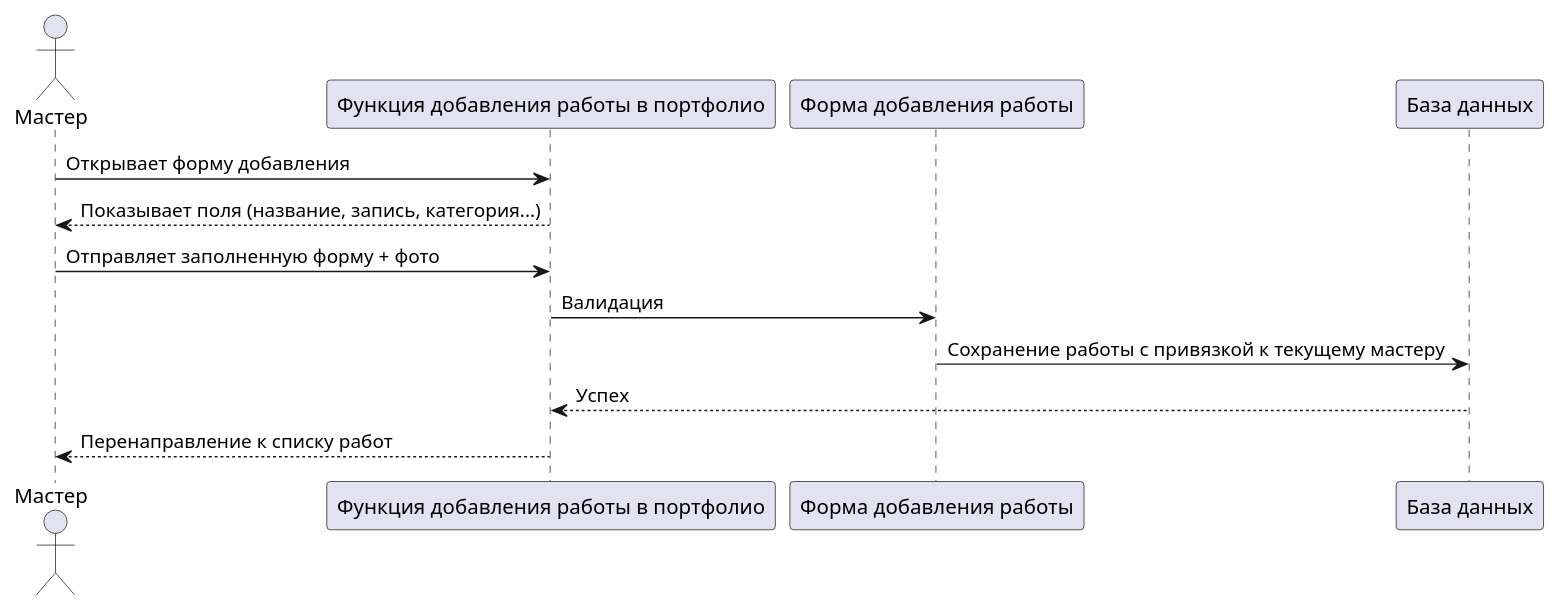
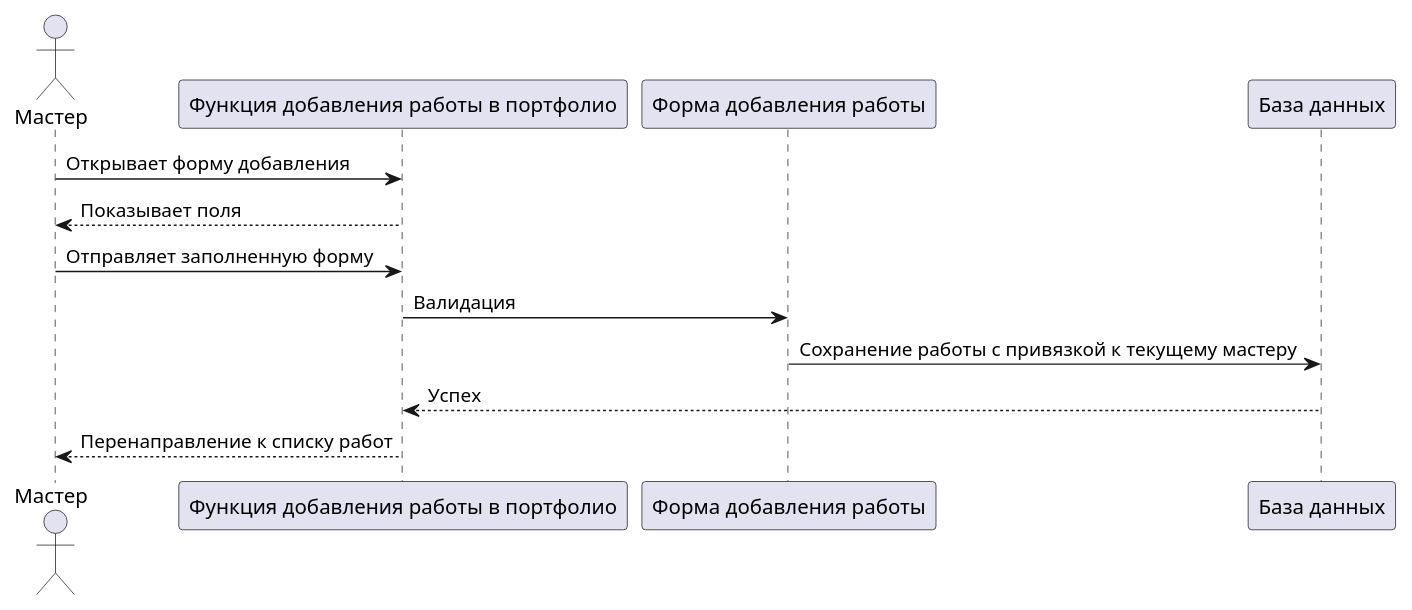
Before and after one commit to kr1ms0nh3ad/psychochainsaw_tattoo: the diagram in diagrams/sequence/master/master_sequence_2.puml, drawn with PlantUML. The commit also changed 458 other files, not shown here.

Commit message:
диаграммы и ПЗ

```diff
--- a/diagrams/sequence/master/master_sequence_2.puml
+++ b/diagrams/sequence/master/master_sequence_2.puml
@@ -1,14 +1,14 @@
 @startuml
 actor "Мастер" as Master
 participant "Функция добавления работы в портфолио" as AddWork
 participant "Форма добавления работы" as Form
 participant "База данных" as DB
 
 Master -> AddWork: Открывает форму добавления
-AddWork --> Master: Показывает поля (название, запись, категория...)
-Master -> AddWork: Отправляет заполненную форму + фото
+AddWork --> Master: Показывает поля
+Master -> AddWork: Отправляет заполненную форму
 AddWork -> Form: Валидация
 Form -> DB: Сохранение работы с привязкой к текущему мастеру
 DB --> AddWork: Успех
 AddWork --> Master: Перенаправление к списку работ
 @enduml
```
